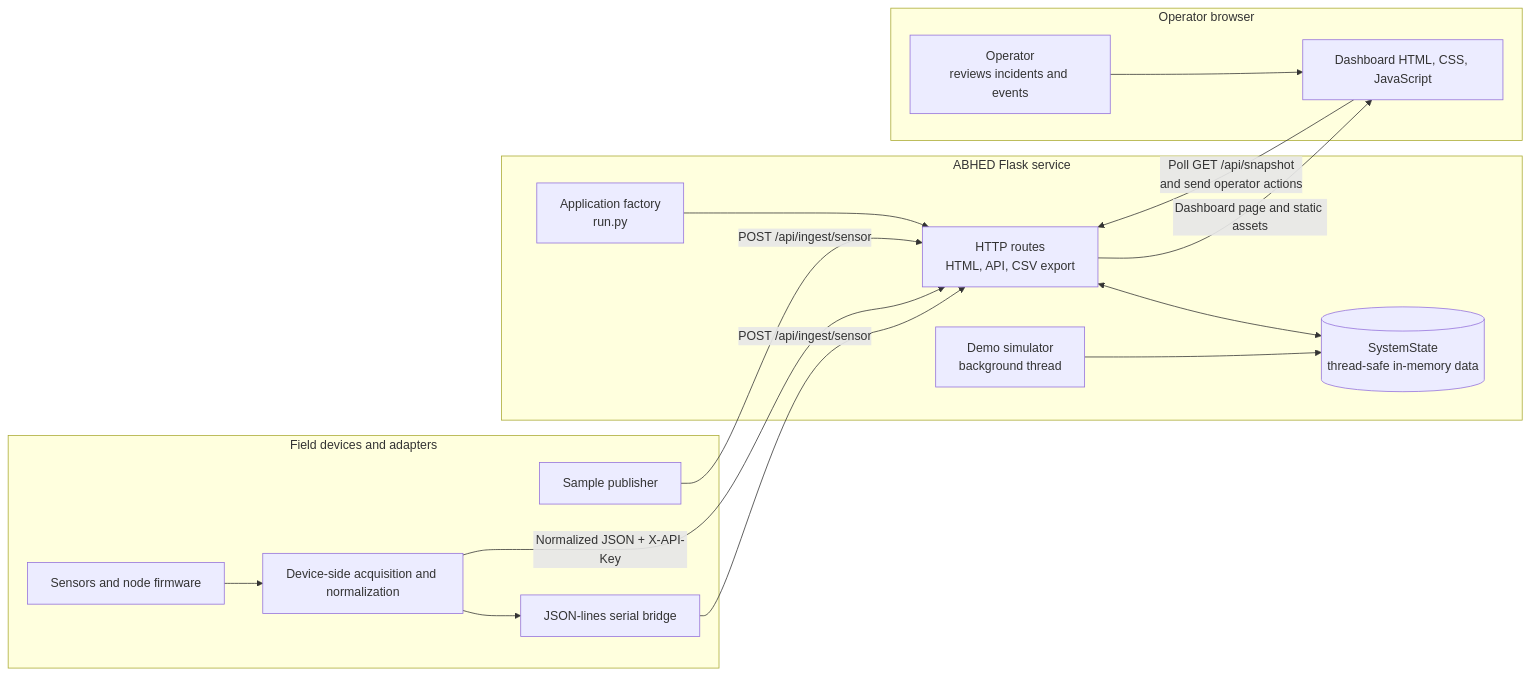
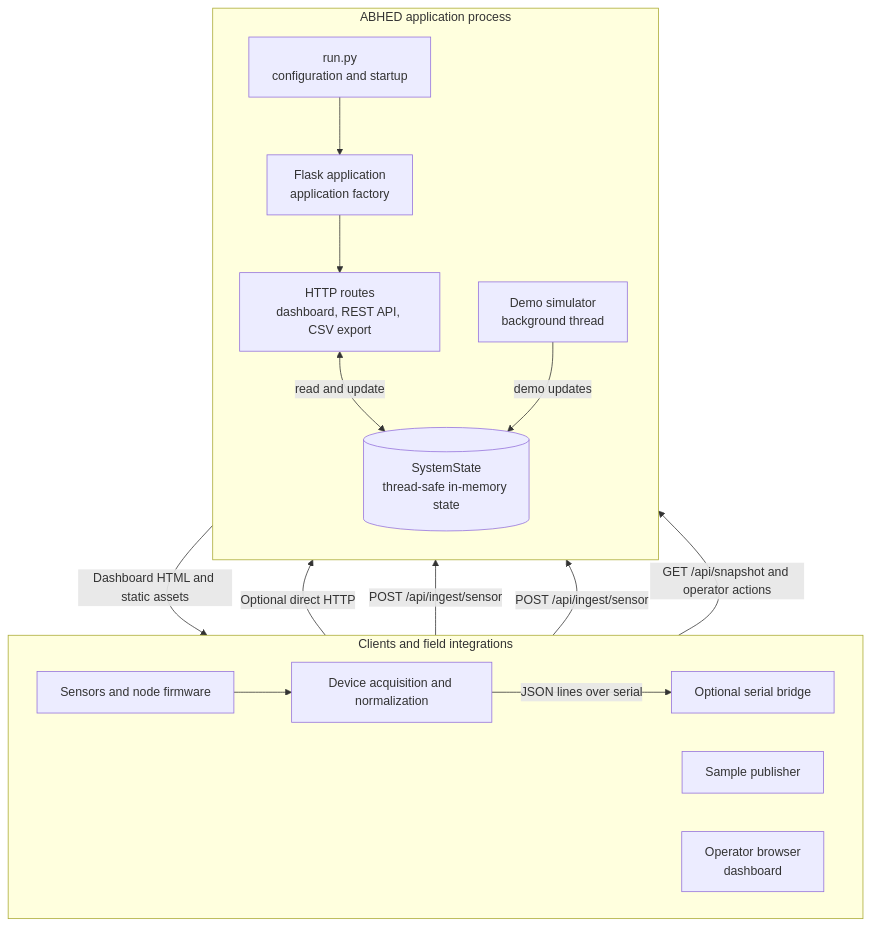
The first of 2 diagrams in README.md (buildwithanand/Abhed_MakerBhavan), drawn with Mermaid before and after one commit. The commit also changed other lines of this file, not shown here.

````diff
--- a/README.md
+++ b/README.md
@@ -39,33 +39,24 @@
 ```mermaid
-flowchart LR
-    subgraph Devices["Field devices and adapters"]
-        Sensors["Sensors and node firmware"]
-        Normalize["Device-side acquisition and normalization"]
+flowchart TB
+    subgraph Clients["Clients and field integrations"]
+        direction LR
+        Sensors["Sensors and node firmware"] --> Normalize["Device acquisition and normalization"]
+        Normalize -->|"JSON lines over serial"| Serial["Optional serial bridge"]
         Publisher["Sample publisher"]
-        Serial["JSON-lines serial bridge"]
-        Sensors --> Normalize
-        Normalize --> Serial
+        Browser["Operator browser<br/>dashboard"]
     end
 
-    subgraph Service["ABHED Flask service"]
-        App["Application factory<br/>run.py"]
-        Routes["HTTP routes<br/>HTML, API, CSV export"]
-        State[("SystemState<br/>thread-safe in-memory data")]
-        Simulator["Demo simulator<br/>background thread"]
-        App --> Routes
-        Routes <--> State
-        Simulator --> State
+    subgraph Backend["ABHED application process"]
+        direction TB
+        Startup["run.py<br/>configuration and startup"] --> Flask["Flask application<br/>application factory"]
+        Flask --> Routes["HTTP routes<br/>dashboard, REST API, CSV export"]
+        Routes <-->|"read and update"| State[("SystemState<br/>thread-safe in-memory state")]
+        Simulator["Demo simulator<br/>background thread"] -->|"demo updates"| State
     end
 
-    subgraph Browser["Operator browser"]
-        Page["Dashboard HTML, CSS, JavaScript"]
-        Operator["Operator<br/>reviews incidents and events"]
-        Operator --> Page
-    end
-
-    Normalize -->|"Normalized JSON + X-API-Key"| Routes
+    Normalize -->|"Optional direct HTTP"| Routes
     Serial -->|"POST /api/ingest/sensor"| Routes
     Publisher -->|"POST /api/ingest/sensor"| Routes
-    Routes -->|"Dashboard page and static assets"| Page
-    Page -->|"Poll GET /api/snapshot<br/>and send operator actions"| Routes
+    Browser -->|"GET /api/snapshot and operator actions"| Routes
+    Routes -->|"Dashboard HTML and static assets"| Browser
 ```
````
